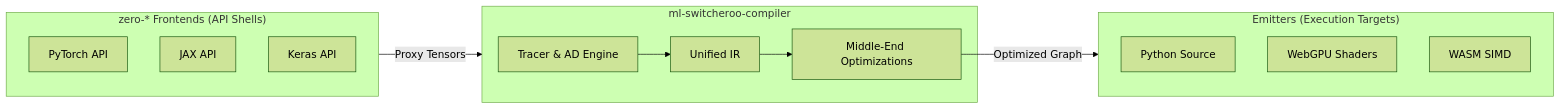
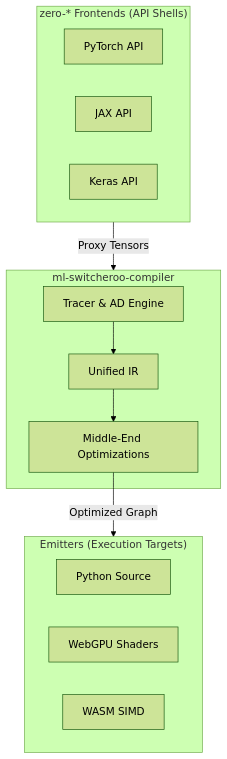
One commit to SamuelMarks/ml-switcheroo-compiler changed the first of 2 diagrams in README.md. Above: the diagram before and after it, drawn with Mermaid (forest theme). The commit also changed other lines of this file and 1042 other files, not shown here.

````diff
--- a/README.md
+++ b/README.md
@@ -32,22 +32,22 @@
 ```mermaid
-flowchart LR
+flowchart TD
     subgraph Frontends ["zero-* Frontends (API Shells)"]
         PT[PyTorch API]
         JX[JAX API]
         KR[Keras API]
     end
 
     subgraph Compiler ["ml-switcheroo-compiler"]
         TR[Tracer & AD Engine] --> IR[Unified IR]
         IR --> PM[Middle-End Optimizations]
     end
 
     subgraph Backends ["Emitters (Execution Targets)"]
         PY[Python Source]
         WG[WebGPU Shaders]
         WA[WASM SIMD]
     end
 
     Frontends -->|Proxy Tensors| Compiler
     PM -->|Optimized Graph| Backends
 ```
````
